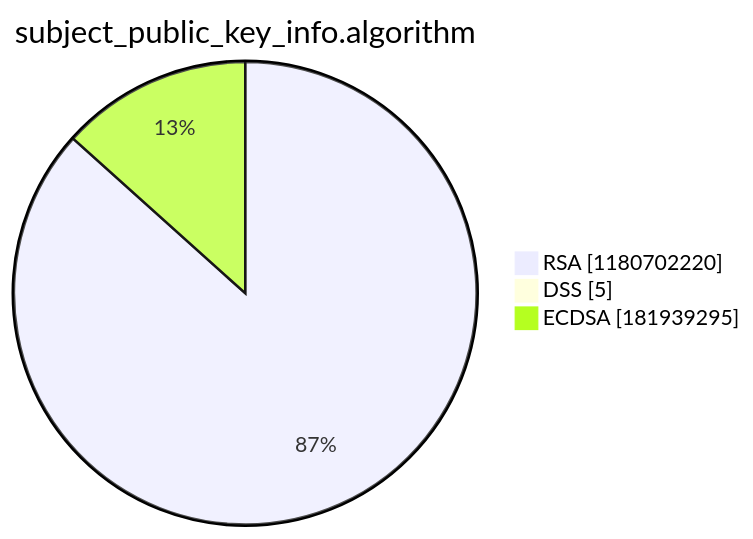
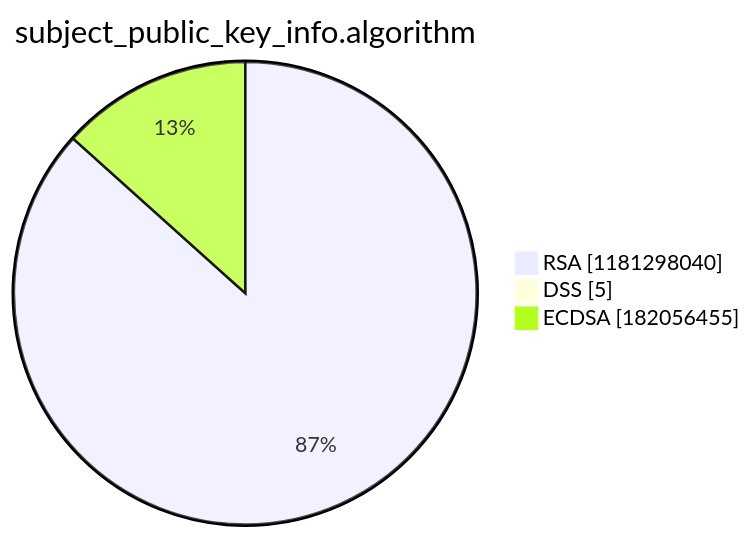
The third of 15 diagrams in argon2022/README.md (christiankrug/ctmonitor_visualization), drawn with Mermaid before and after one commit. The commit also changed other lines of this file, not shown here.

````diff
--- a/argon2022/README.md
+++ b/argon2022/README.md
@@ -14,7 +14,7 @@
 ```mermaid
 pie showData
 title subject_public_key_info.algorithm
-"RSA" :1180702220
+"RSA" :1181298040
 "DSS" :5
-"ECDSA" :181939295
+"ECDSA" :182056455
 ```
````
